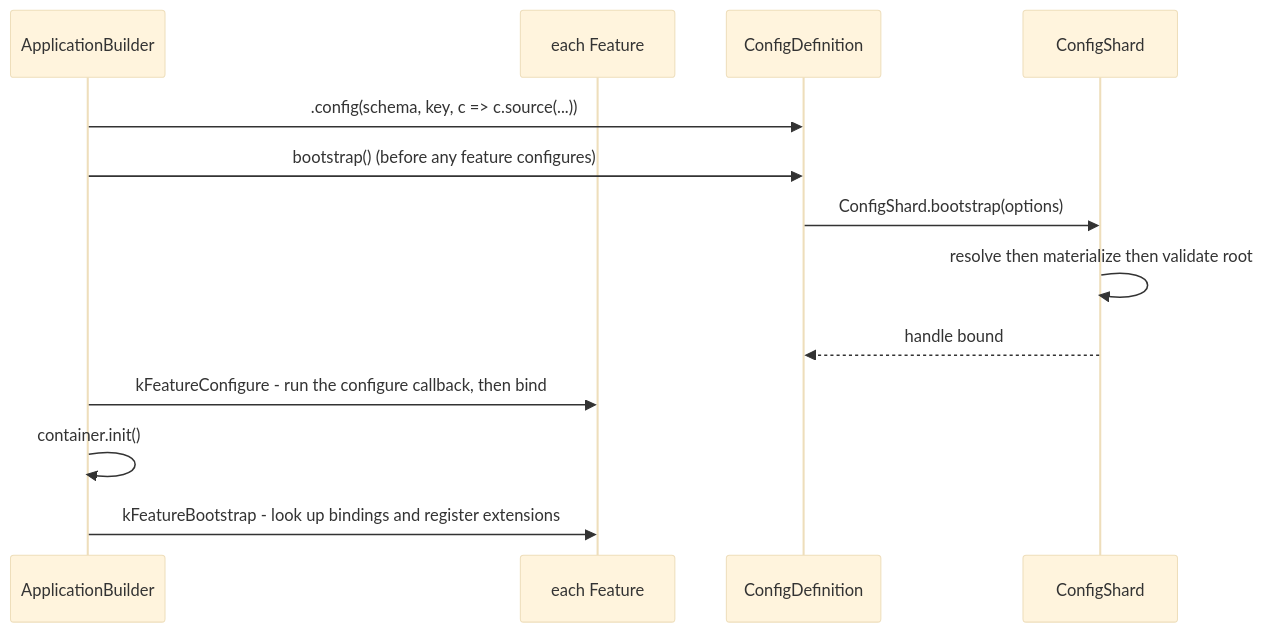
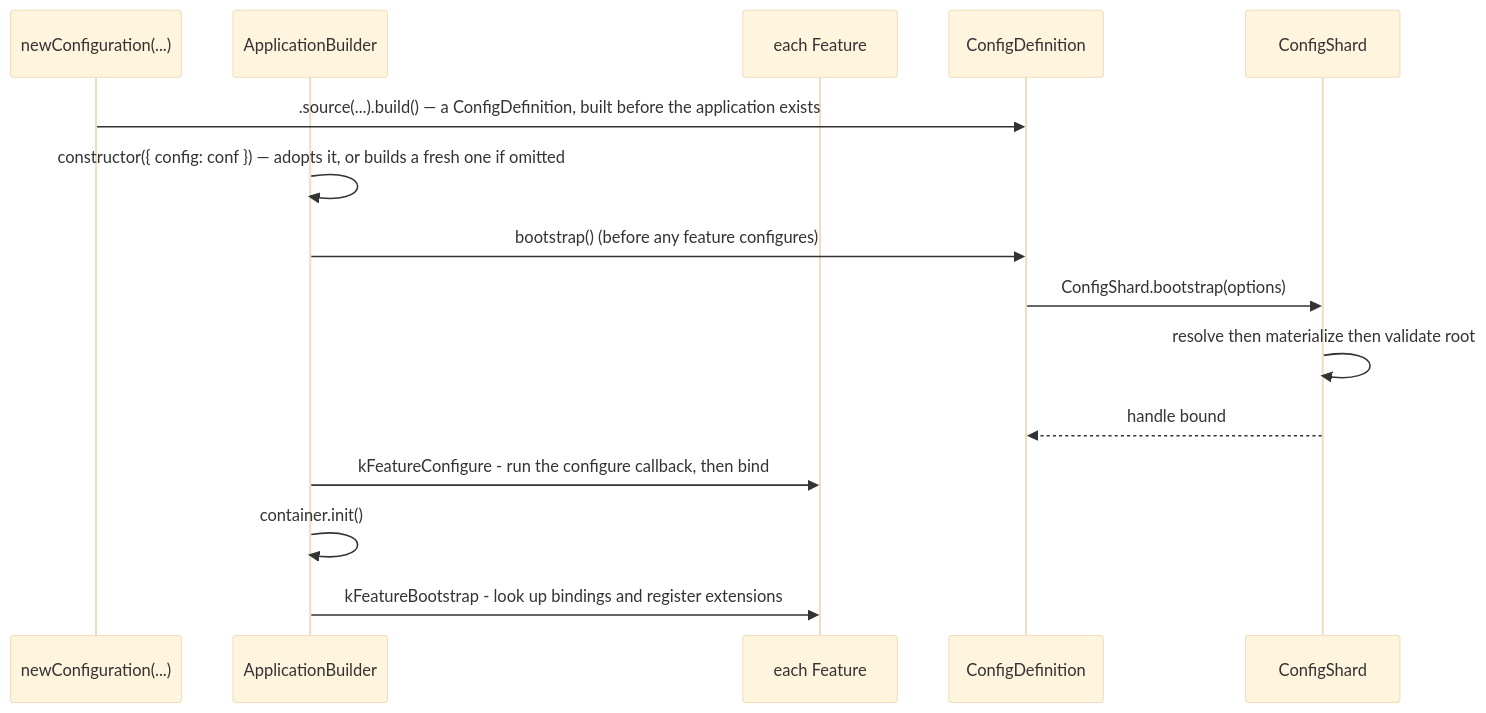
The fifth of 5 diagrams in std/config/README.md (caffeinejs/caffeine), drawn with Mermaid (base theme) before and after one commit. The commit also changed other lines of this file and 32 other files, not shown here.

Commit message:
feat: factor-out config from app builder

````diff
--- a/std/config/README.md
+++ b/std/config/README.md
@@ -285,15 +289,17 @@
 ```mermaid
 sequenceDiagram
+  participant Conf as newConfiguration(...)
   participant App as ApplicationBuilder
   participant Feat as each Feature
   participant Def as ConfigDefinition
   participant Shard as ConfigShard
-  App->>Def: .config(schema, key, c => c.source(...))
+  Conf->>Def: .source(...).build() — a ConfigDefinition, built before the application exists
+  App->>App: constructor({ config: conf }) — adopts it, or builds a fresh one if omitted
   App->>Def: bootstrap() (before any feature configures)
   Def->>Shard: ConfigShard.bootstrap(options)
   Shard->>Shard: resolve then materialize then validate root
   Shard-->>Def: handle bound
   App->>Feat: kFeatureConfigure - run the configure callback, then bind
   App->>App: container.init()
   App->>Feat: kFeatureBootstrap - look up bindings and register extensions
 ```
````
